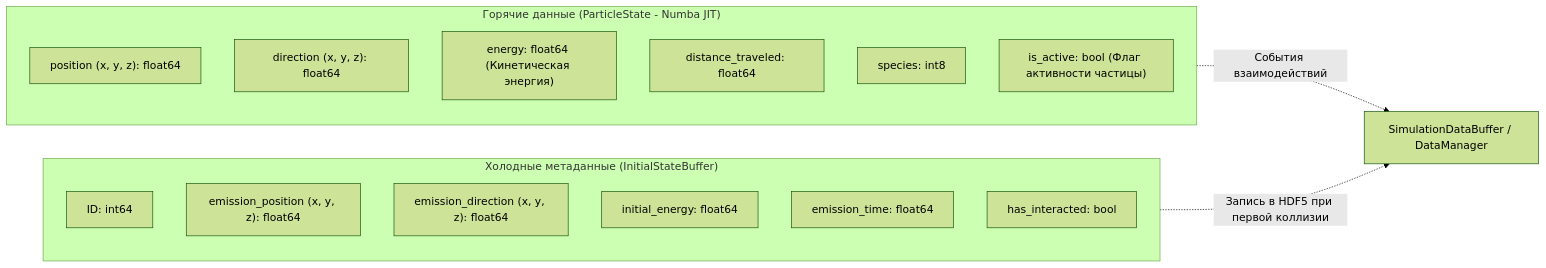
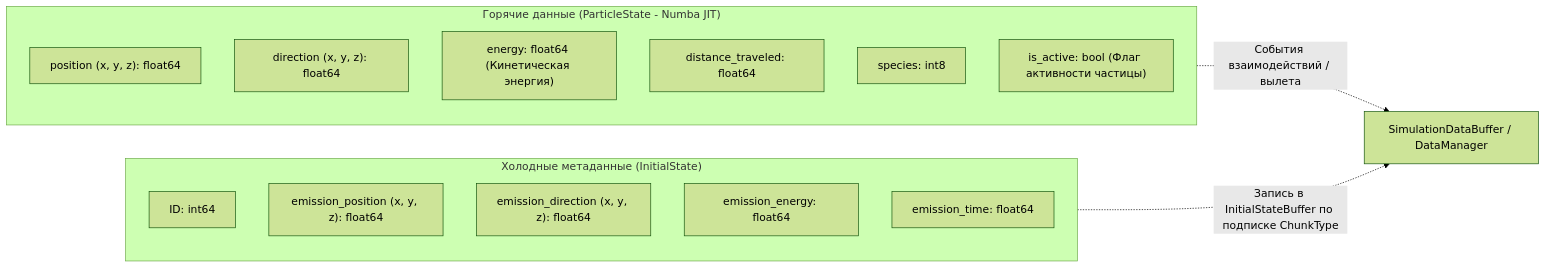
Before and after one commit to GurkoMikhail/NMSimToolkit: the first of 2 diagrams in docs/core_architecture.md, drawn with Mermaid (forest theme). The commit also changed 28 other files, not shown here.

````diff
--- a/docs/core_architecture.md
+++ b/docs/core_architecture.md
@@ -37,25 +37,24 @@
 ```mermaid
 flowchart LR
     subgraph HotState ["Горячие данные (ParticleState - Numba JIT)"]
         direction TB
         H1["position (x, y, z): float64"]
         H2["direction (x, y, z): float64"]
         H3["energy: float64 (Кинетическая энергия)"]
         H4["distance_traveled: float64"]
         H5["species: int8"]
         H6["is_active: bool (Флаг активности частицы)"]
     end
 
-    subgraph ColdMetadata ["Холодные метаданные (InitialStateBuffer)"]
+    subgraph ColdMetadata ["Холодные метаданные (InitialState)"]
         direction TB
         C1["ID: int64"]
         C2["emission_position (x, y, z): float64"]
         C3["emission_direction (x, y, z): float64"]
-        C4["initial_energy: float64"]
+        C4["emission_energy: float64"]
         C5["emission_time: float64"]
-        C6["has_interacted: bool"]
     end
 
-    HotState -.->|События взаимодействий| Out["SimulationDataBuffer / DataManager"]
-    ColdMetadata -.->|Запись в HDF5 при первой коллизии| Out
+    HotState -.->|События взаимодействий / вылета| Out["SimulationDataBuffer / DataManager"]
+    ColdMetadata -.->|Запись в InitialStateBuffer по подписке ChunkType| Out
 ```
````
